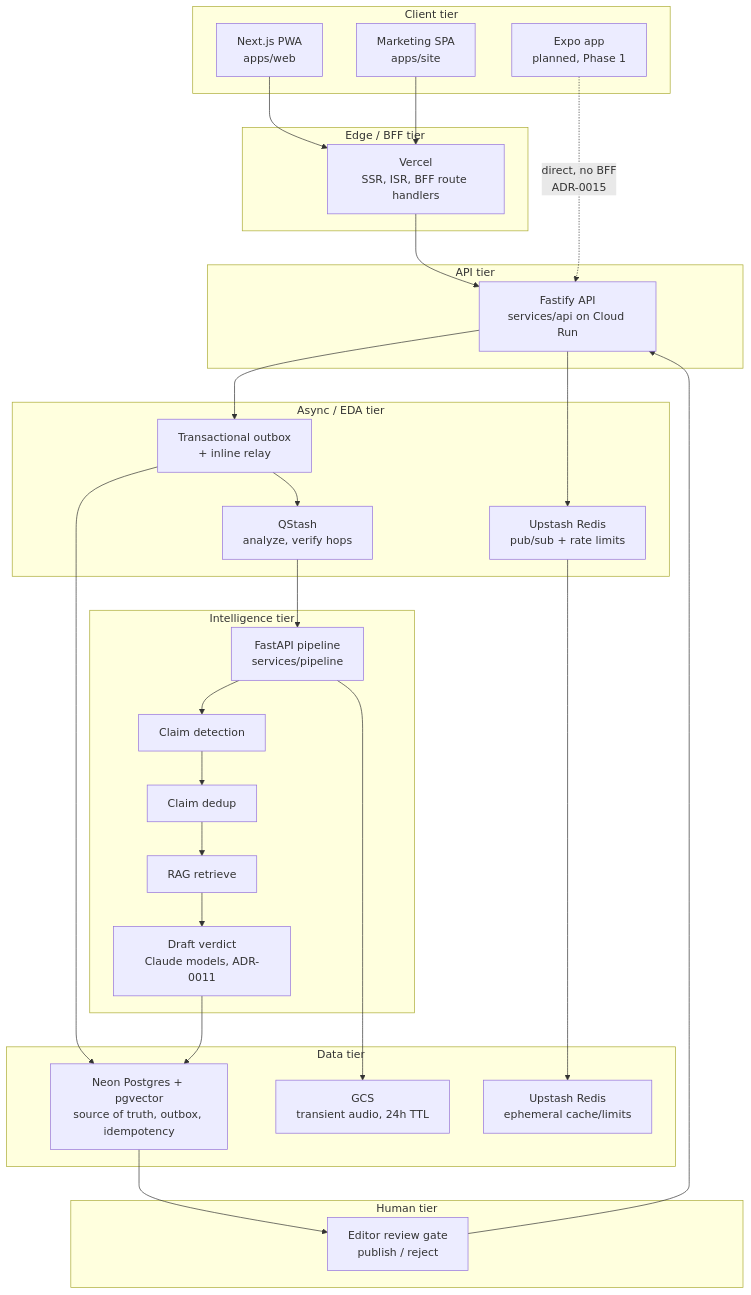
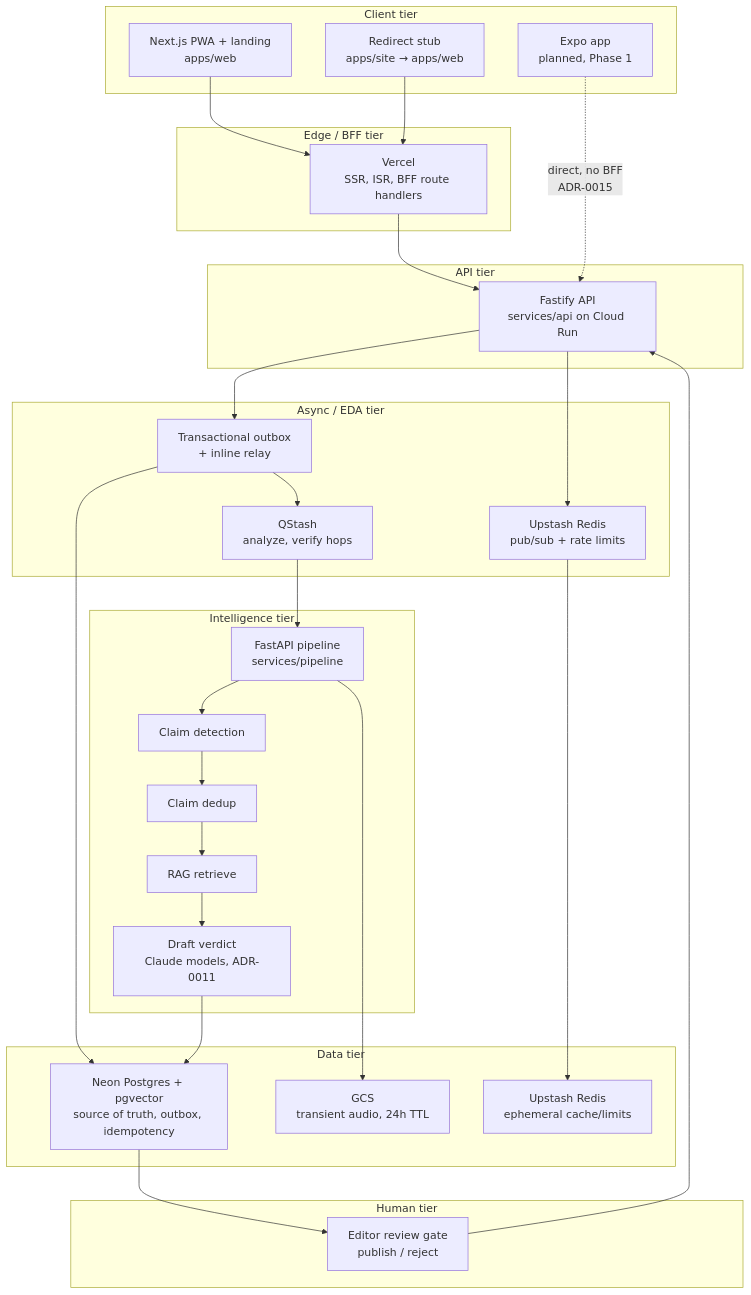
One commit to ericgitangu/fact_checker_ke changed the first of 2 diagrams in README.md. Above: the diagram before and after it, drawn with Mermaid. The commit also changed other lines of this file and 57 other files, not shown here.

First line of the commit message:
feat: consolidate to a single frontend (apps/web); retire apps/site

````diff
--- a/README.md
+++ b/README.md
@@ -32,56 +32,56 @@
 ```mermaid
 flowchart TB
   subgraph CLIENT["Client tier"]
-    PWA["Next.js PWA\napps/web"]
-    SITE["Marketing SPA\napps/site"]
+    PWA["Next.js PWA + landing\napps/web"]
+    SITE["Redirect stub\napps/site → apps/web"]
     MOBILE["Expo app\nplanned, Phase 1"]
   end
 
   subgraph EDGE["Edge / BFF tier"]
     VERCEL["Vercel\nSSR, ISR, BFF route handlers"]
   end
 
   subgraph APITIER["API tier"]
     API["Fastify API\nservices/api on Cloud Run"]
   end
 
   subgraph ASYNC["Async / EDA tier"]
     OUTBOX["Transactional outbox\n+ inline relay"]
     QSTASH["QStash\nanalyze, verify hops"]
     REDIS_PS["Upstash Redis\npub/sub + rate limits"]
   end
 
   subgraph INTEL["Intelligence tier"]
     PIPE["FastAPI pipeline\nservices/pipeline"]
     DETECT["Claim detection"]
     DEDUP["Claim dedup"]
     RAG["RAG retrieve"]
     DRAFT["Draft verdict\nClaude models, ADR-0011"]
   end
 
   subgraph DATA["Data tier"]
     NEON["Neon Postgres + pgvector\nsource of truth, outbox, idempotency"]
     UPSTASH["Upstash Redis\nephemeral cache/limits"]
     GCS["GCS\ntransient audio, 24h TTL"]
   end
 
   subgraph HUMAN["Human tier"]
     EDITOR["Editor review gate\npublish / reject"]
   end
 
   PWA --> VERCEL
   SITE --> VERCEL
   MOBILE -. "direct, no BFF\nADR-0015" .-> API
   VERCEL --> API
   API --> OUTBOX
   OUTBOX --> NEON
   OUTBOX --> QSTASH
   QSTASH --> PIPE
   PIPE --> DETECT --> DEDUP --> RAG --> DRAFT
   DRAFT --> NEON
   API --> REDIS_PS
   REDIS_PS --> UPSTASH
   PIPE --> GCS
   NEON --> EDITOR
   EDITOR --> API
 ```
````
